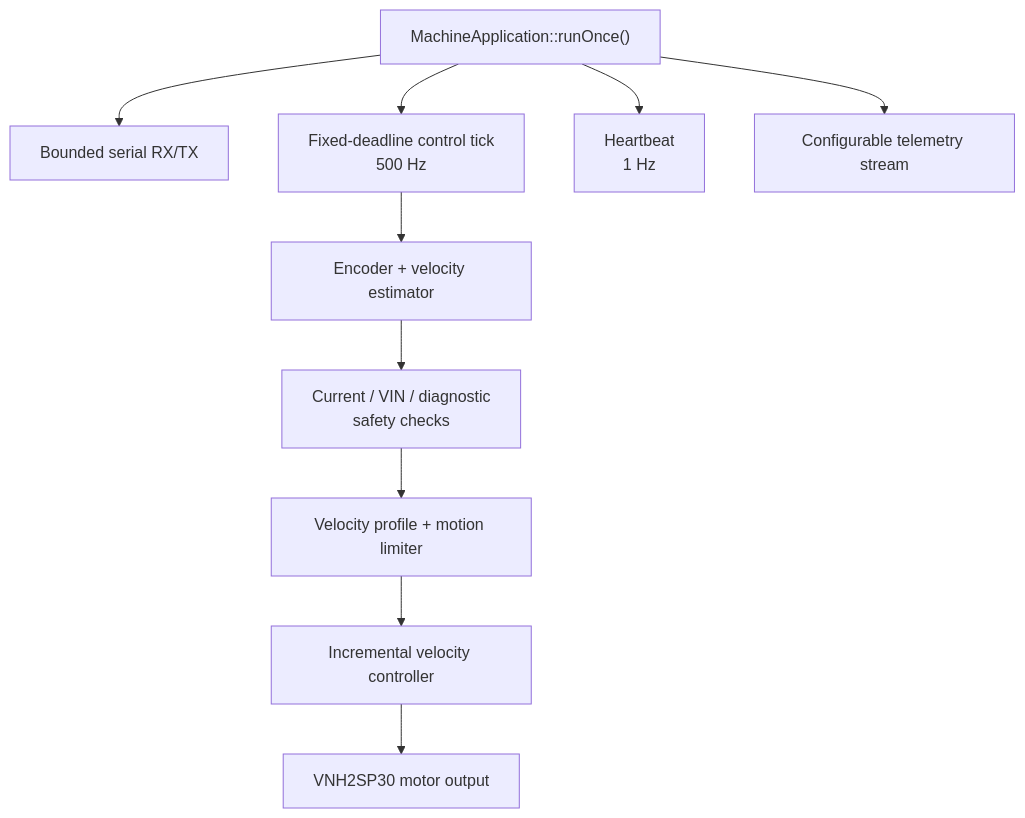
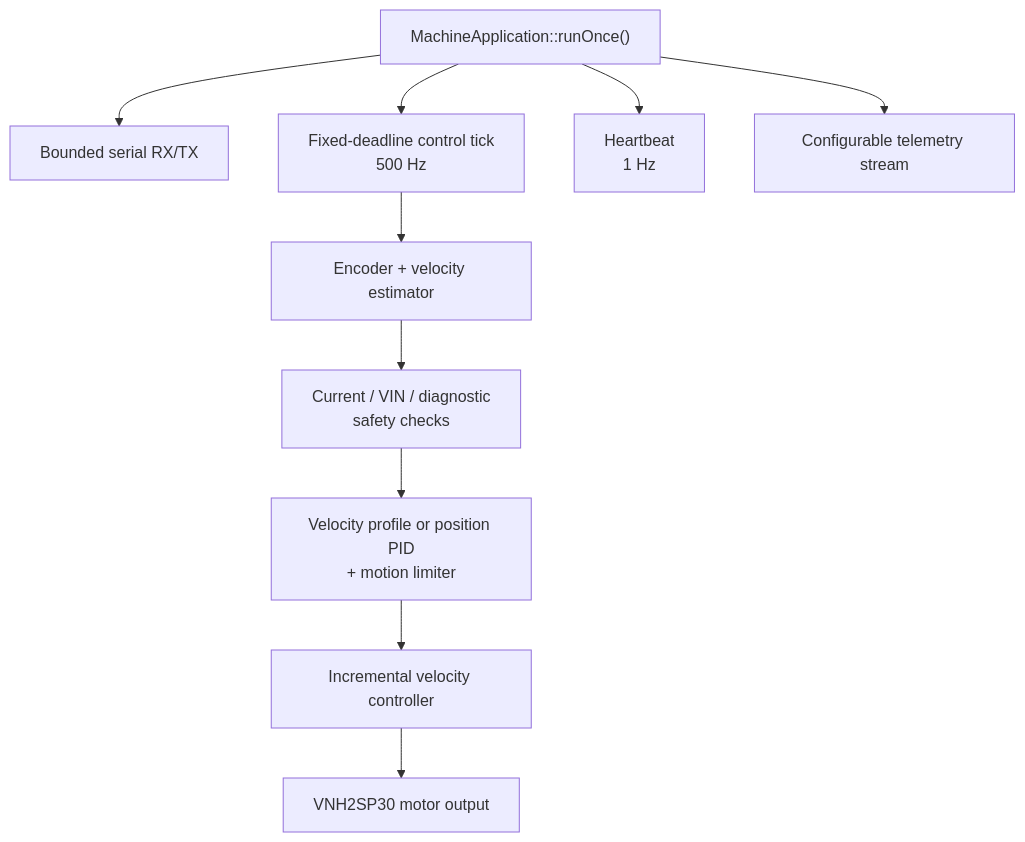
Before and after one commit to fxprime/mocking_machine: the second of 2 diagrams in README.md, drawn with Mermaid. The commit also changed other lines of this file and 31 other files, not shown here.

````diff
--- a/README.md
+++ b/README.md
@@ -116,18 +117,18 @@
 ```mermaid
 flowchart TB
     LOOP["MachineApplication::runOnce()"]
     SERIAL["Bounded serial RX/TX"]
     TICK["Fixed-deadline control tick<br/>500 Hz"]
     ENCODER["Encoder + velocity estimator"]
     SAFETY["Current / VIN / diagnostic<br/>safety checks"]
-    PROFILE["Velocity profile + motion limiter"]
+    PROFILE["Velocity profile or position PID<br/>+ motion limiter"]
     CONTROL["Incremental velocity controller"]
     OUTPUT["VNH2SP30 motor output"]
     HEARTBEAT["Heartbeat<br/>1 Hz"]
     TELEMETRY["Configurable telemetry stream"]
 
     LOOP --> SERIAL
     LOOP --> TICK --> ENCODER --> SAFETY --> PROFILE --> CONTROL --> OUTPUT
     LOOP --> HEARTBEAT
     LOOP --> TELEMETRY
 ```
````
